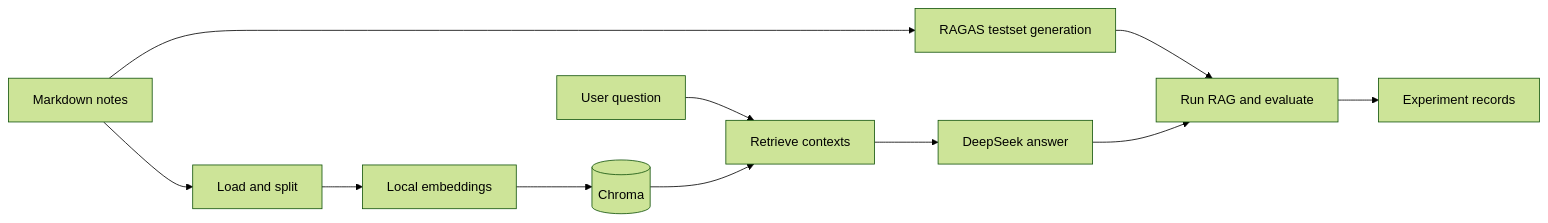
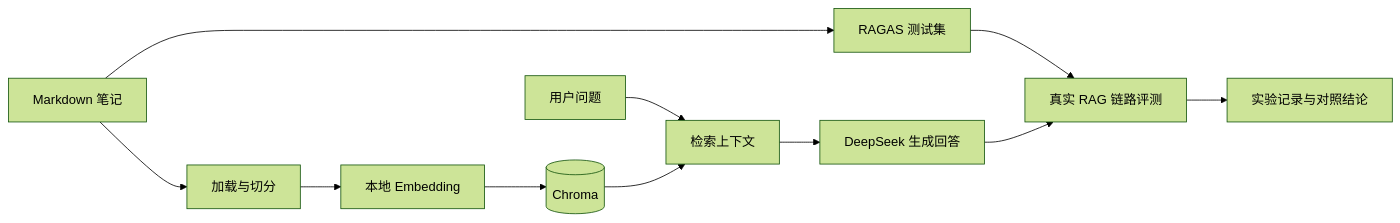
One commit to WenEnguang/RAG changed the diagram in README.md. Above: the diagram before and after it, drawn with Mermaid (forest theme). The commit also changed other lines of this file, not shown here.

````diff
--- a/README.md
+++ b/README.md
@@ -29,15 +34,15 @@
 ```mermaid
 flowchart LR
-    Notes[Markdown notes] --> Split[Load and split]
-    Split --> Embed[Local embeddings]
-    Embed --> Store[(Chroma)]
+    A[Markdown 笔记] --> B[加载与切分]
+    B --> C[本地 Embedding]
+    C --> D[(Chroma)]
 
-    Question[User question] --> Retrieve[Retrieve contexts]
-    Store --> Retrieve
-    Retrieve --> Answer[DeepSeek answer]
+    Q[用户问题] --> R[检索上下文]
+    D --> R
+    R --> G[DeepSeek 生成回答]
 
-    Notes --> Testset[RAGAS testset generation]
-    Testset --> Evaluate[Run RAG and evaluate]
-    Answer --> Evaluate
-    Evaluate --> Results[Experiment records]
+    A --> T[RAGAS 测试集]
+    T --> E[真实 RAG 链路评测]
+    G --> E
+    E --> X[实验记录与对照结论]
 ```
````
